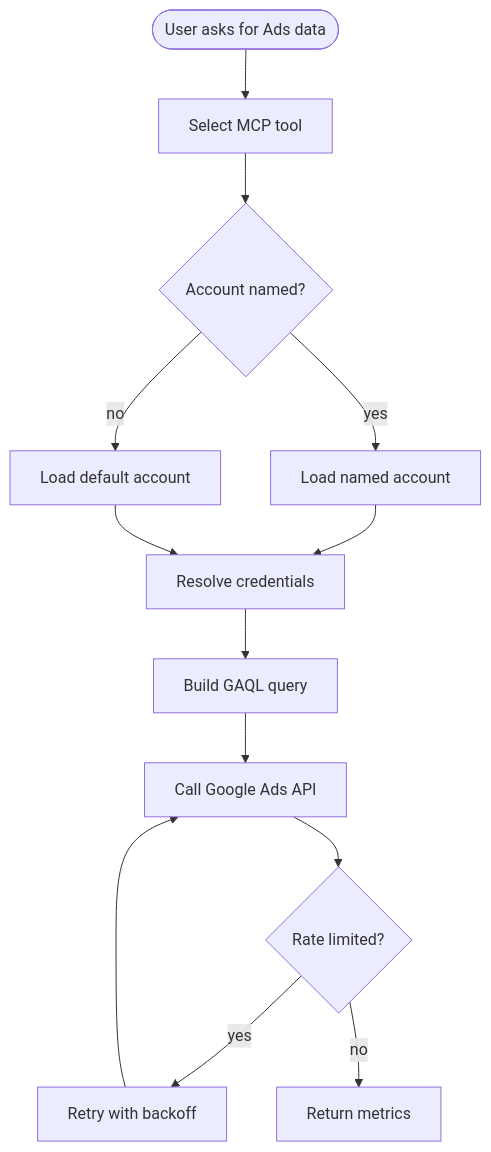
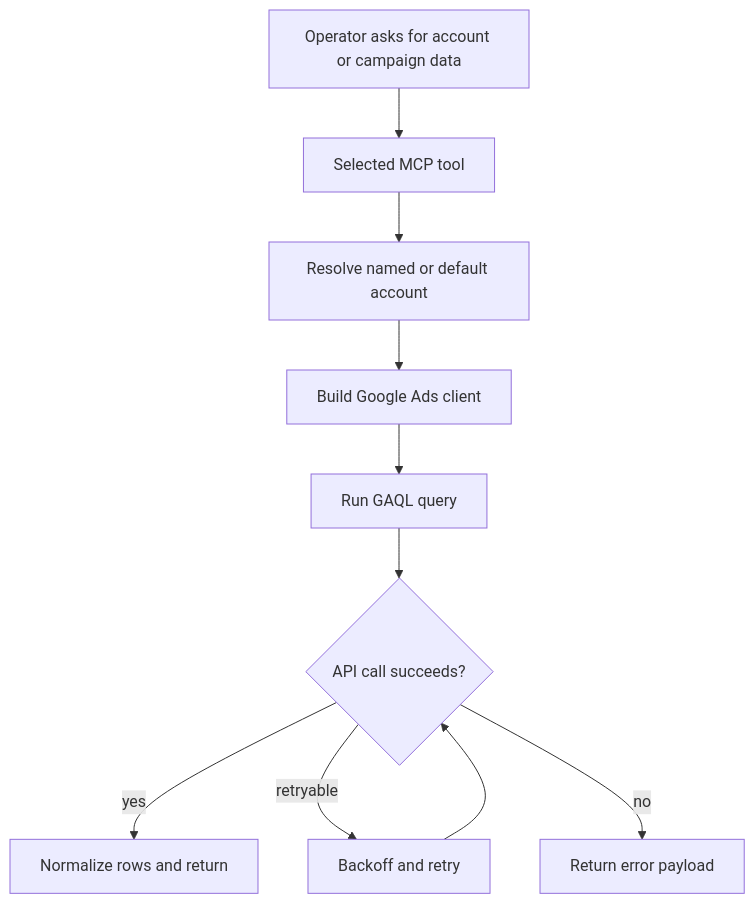
The second of 2 diagrams in README.md (apexradius/mcp-google-ads), drawn with Mermaid before and after one commit. The commit also changed other lines of this file and 2 other files, not shown here.

````diff
--- a/README.md
+++ b/README.md
@@ -54,15 +32,12 @@
 ```mermaid
 flowchart TD
-    Ask([User asks for Ads data]) --> Tool[Select MCP tool]
-    Tool --> Account{Account named?}
-    Account -->|yes| LoadNamed[Load named account]
-    Account -->|no| LoadDefault[Load default account]
-    LoadNamed --> Auth[Resolve credentials]
-    LoadDefault --> Auth
-    Auth --> Query[Build GAQL query]
-    Query --> Execute[Call Google Ads API]
-    Execute --> Retry{Rate limited?}
-    Retry -->|yes| Backoff[Retry with backoff]
-    Retry -->|no| Return[Return metrics]
-    Backoff --> Execute
+  P[Operator asks for account or campaign data] --> T[Selected MCP tool]
+  T --> A[Resolve named or default account]
+  A --> B[Build Google Ads client]
+  B --> C[Run GAQL query]
+  C --> D{API call succeeds?}
+  D -- yes --> E[Normalize rows and return]
+  D -- retryable --> F[Backoff and retry]
+  F --> D
+  D -- no --> G[Return error payload]
 ```
````
